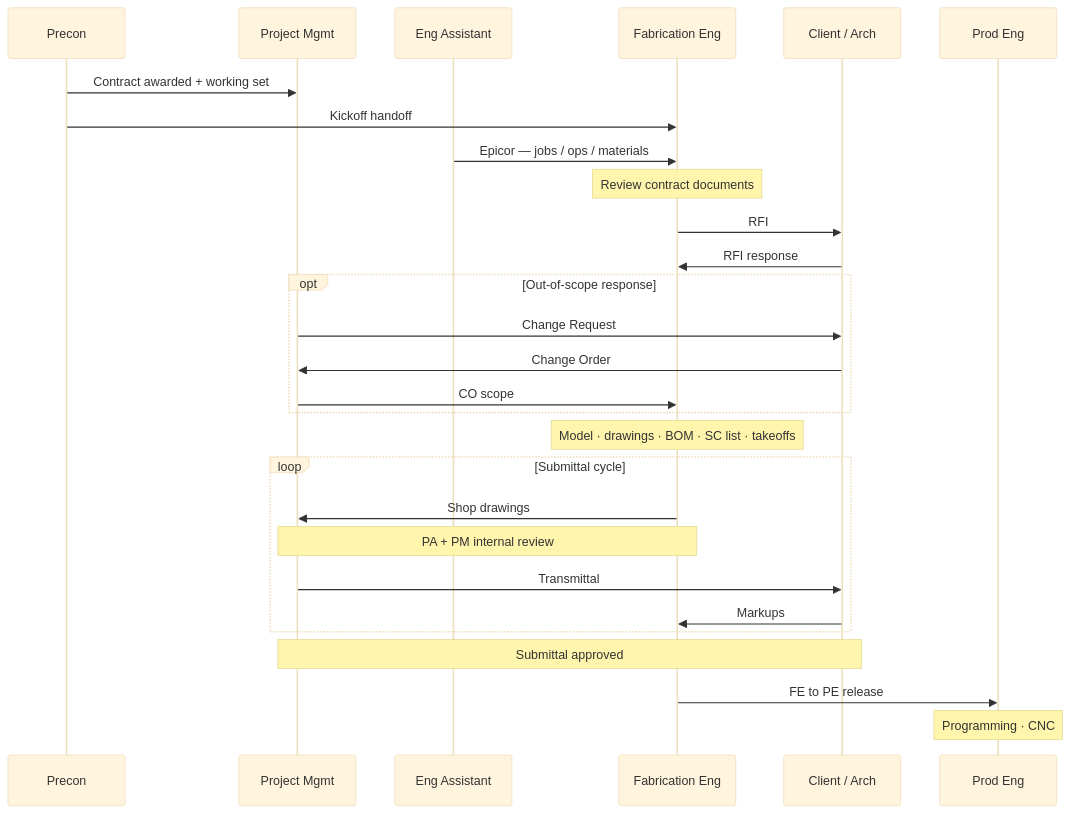
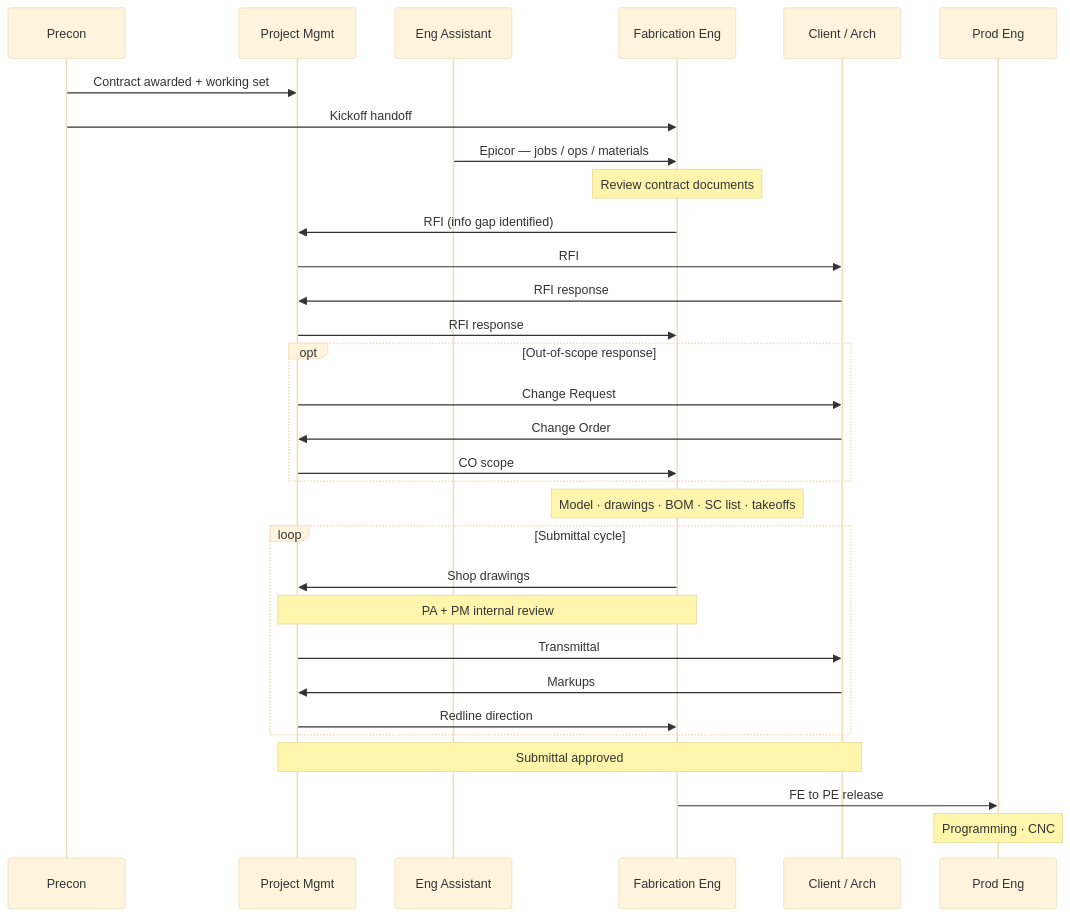
Before and after one commit to cwka-engineering/cwka-engineering.github.io: the diagram in onboarding/project-delivery.md, drawn with Mermaid (base theme). The commit also changed 9 other files, not shown here.

First line of the commit message:
Enrich wiki with How We Work content — RFI flow, hold-to, long-lead, BIM, schedule comms

````diff
--- a/onboarding/project-delivery.md
+++ b/onboarding/project-delivery.md
@@ -20,38 +20,41 @@
 ```mermaid
 sequenceDiagram
     participant Pre as Precon
     participant PM as Project Mgmt
     participant EA as Eng Assistant
     participant FE as Fabrication Eng
     participant CL as Client / Arch
     participant PE as Prod Eng
 
     Pre->>PM: Contract awarded + working set
     Pre->>FE: Kickoff handoff
     EA->>FE: Epicor — jobs / ops / materials
 
     Note over FE: Review contract documents
 
-    FE->>CL: RFI
-    CL->>FE: RFI response
+    FE->>PM: RFI (info gap identified)
+    PM->>CL: RFI
+    CL->>PM: RFI response
+    PM->>FE: RFI response
 
     opt Out-of-scope response
         PM->>CL: Change Request
         CL->>PM: Change Order
         PM->>FE: CO scope
     end
 
     Note over FE: Model · drawings · BOM · SC list · takeoffs
 
     loop Submittal cycle
         FE->>PM: Shop drawings
         Note over PM,FE: PA + PM internal review
         PM->>CL: Transmittal
-        CL->>FE: Markups
+        CL->>PM: Markups
+        PM->>FE: Redline direction
     end
 
     Note over CL,PM: Submittal approved
 
     FE->>PE: FE to PE release
     Note over PE: Programming · CNC
 ```
````
